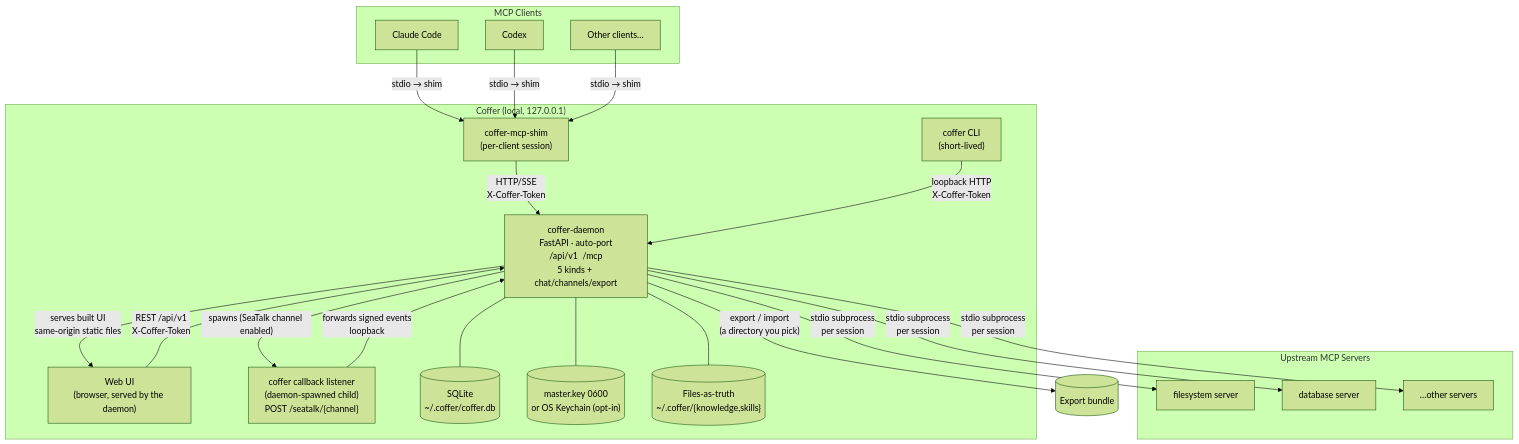
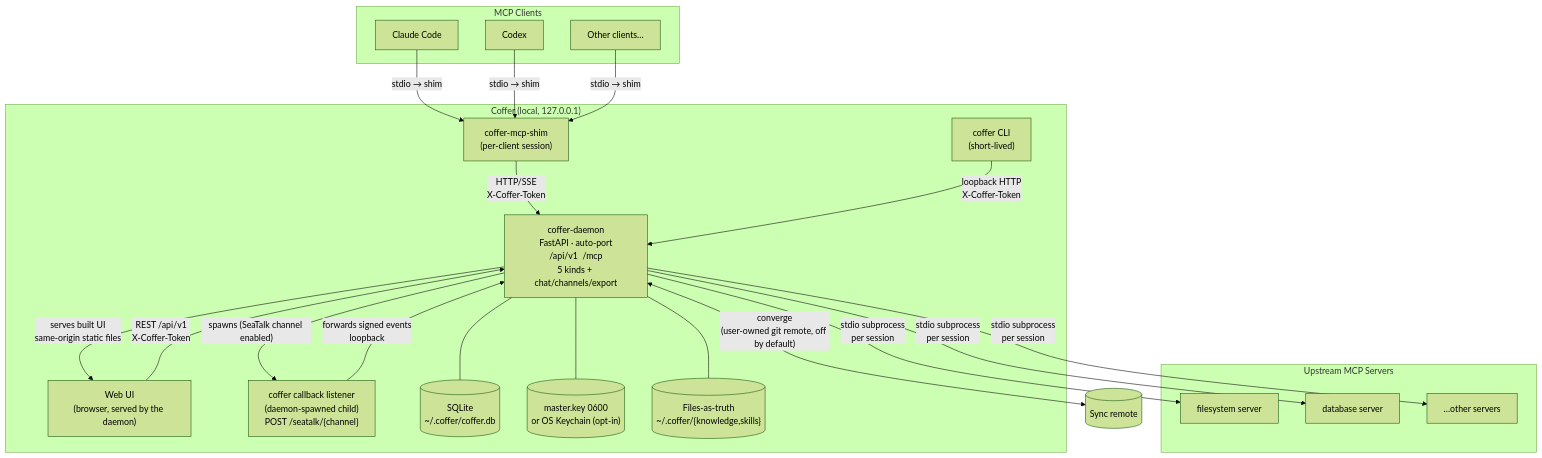
One commit to wyx-sg/Coffer changed the diagram in docs-site/architecture/overview.md. Above: the diagram before and after it, drawn with Mermaid (forest theme). The commit also changed other lines of this file and 598 other files, not shown here.

First line of the commit message:
refactor(architecture): resolve the 2026-09-14 architecture review findings (#386)

````diff
--- a/docs-site/architecture/overview.md
+++ b/docs-site/architecture/overview.md
@@ -11,42 +11,42 @@
 ```mermaid
 flowchart TD
     subgraph clients["MCP Clients"]
         CC["Claude Code"]
         CX["Codex"]
         OT["Other clients…"]
     end
 
     subgraph coffer["Coffer (local, 127.0.0.1)"]
         CLI["coffer CLI\n(short-lived)"]
         SHIM["coffer-mcp-shim\n(per-client session)"]
         WEBUI["Web UI\n(browser, served by the daemon)"]
         DAEMON["coffer-daemon\nFastAPI · auto-port\n/api/v1  /mcp\n5 kinds + chat/channels/export"]
         CB["coffer callback listener\n(daemon-spawned child)\nPOST /seatalk/{channel}"]
         DB[("SQLite\n~/.coffer/coffer.db")]
         MK[("master.key 0600\nor OS Keychain (opt-in)")]
         FILES[("Files-as-truth\n~/.coffer/{knowledge,skills}")]
     end
 
     subgraph upstream["Upstream MCP Servers"]
         S1["filesystem server"]
         S2["database server"]
         SN["…other servers"]
     end
 
     CC -->|"stdio → shim"| SHIM
     CX -->|"stdio → shim"| SHIM
     OT -->|"stdio → shim"| SHIM
     SHIM -->|"HTTP/SSE\nX-Coffer-Token"| DAEMON
     CLI -->|"loopback HTTP\nX-Coffer-Token"| DAEMON
     WEBUI -->|"REST /api/v1\nX-Coffer-Token"| DAEMON
     DAEMON -->|"serves built UI\nsame-origin static files"| WEBUI
     DAEMON --- DB
     DAEMON --- MK
     DAEMON --- FILES
-    DAEMON -->|"export / import\n(a directory you pick)"| BUNDLE[("Export bundle")]
+    DAEMON <-->|"converge\n(user-owned git remote, off by default)"| BUNDLE[("Sync remote")]
     DAEMON -->|"spawns (SeaTalk channel enabled)"| CB
     CB -->|"forwards signed events\nloopback"| DAEMON
     DAEMON -->|"stdio subprocess\nper session"| S1
     DAEMON -->|"stdio subprocess\nper session"| S2
     DAEMON -->|"stdio subprocess\nper session"| SN
 ```
````
